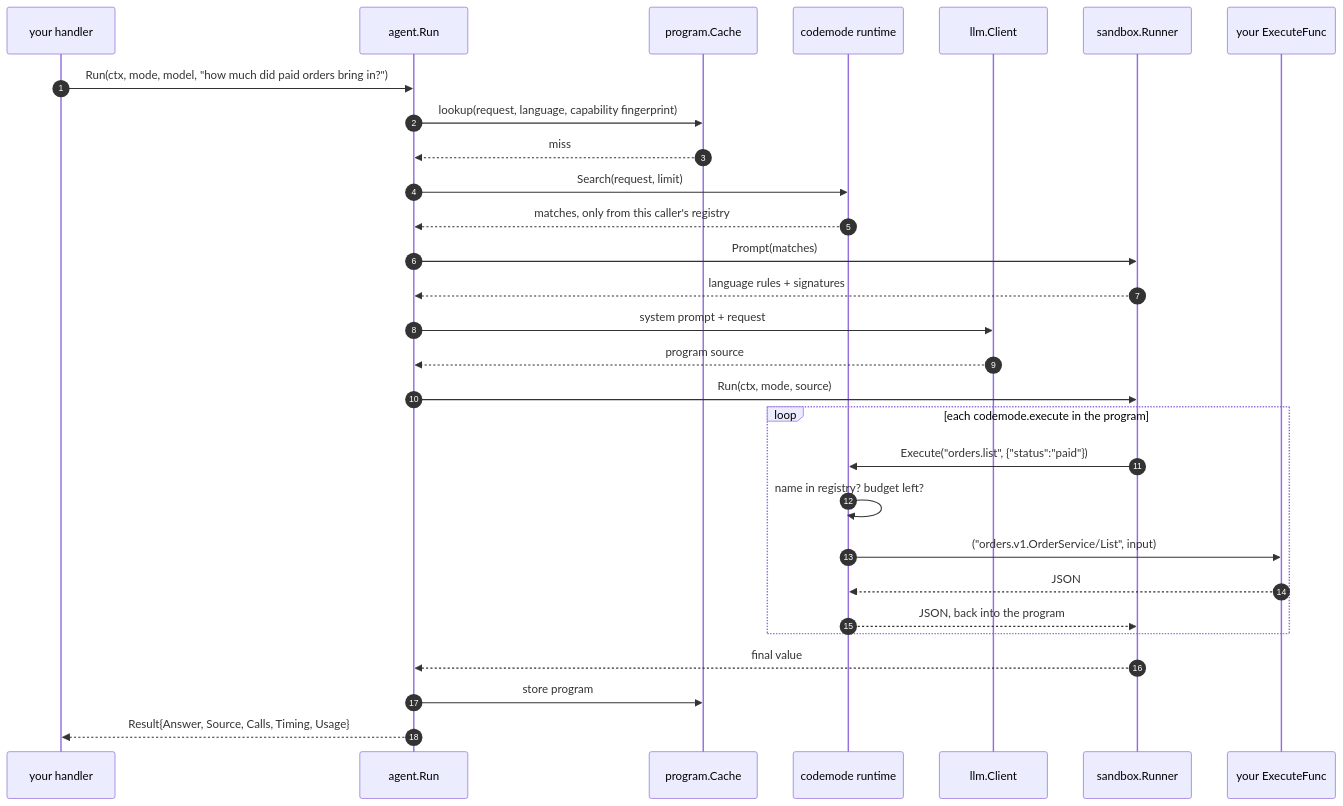
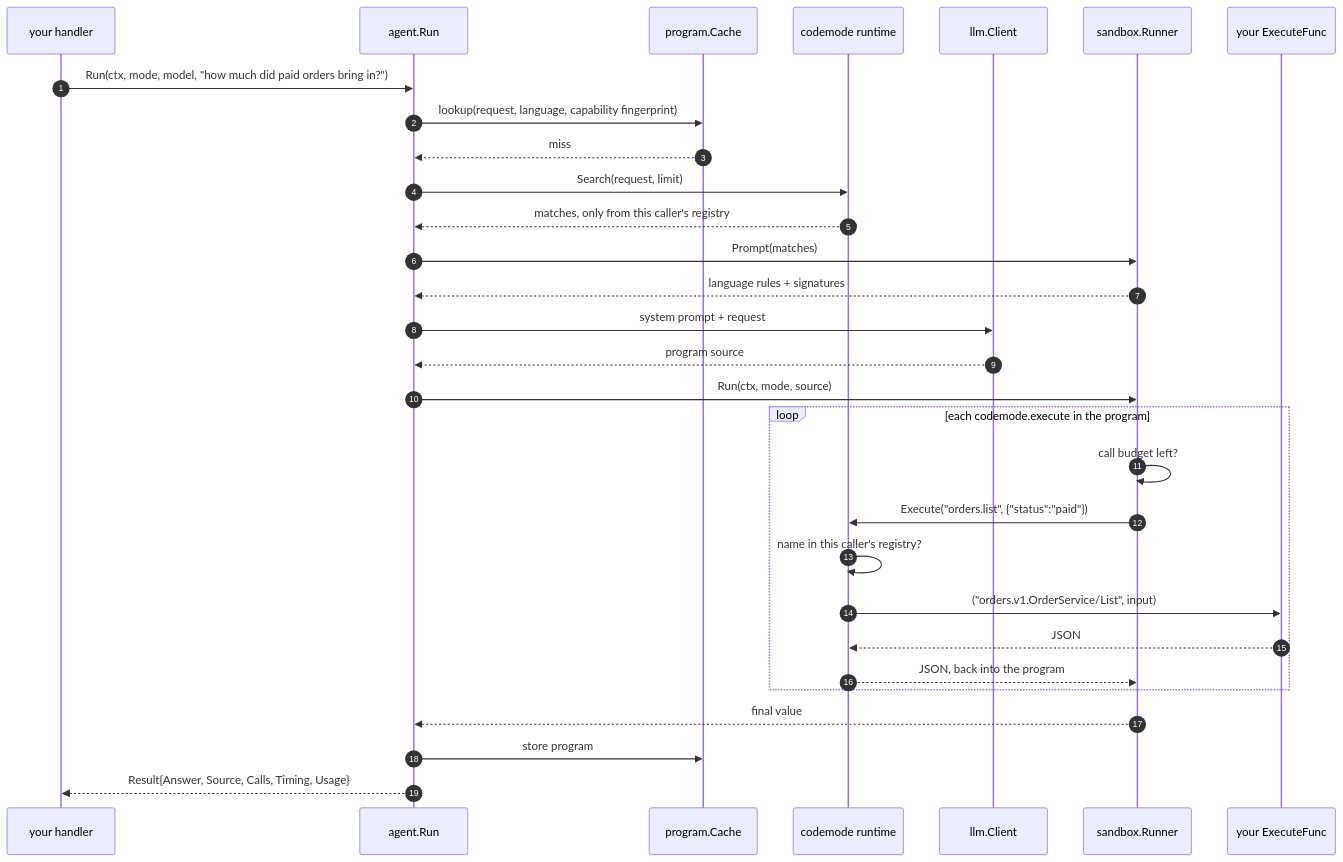
One commit to mukezhz/codemode changed the fourth of 7 diagrams in docs/content/architecture.md. Above: the diagram before and after it, drawn with Mermaid. The commit also changed 22 other files, not shown here.

````diff
--- a/docs/content/architecture.md
+++ b/docs/content/architecture.md
@@ -144,32 +144,33 @@
 ```mermaid
 sequenceDiagram
   autonumber
   participant App as your handler
   participant Agent as agent.Run
   participant Cache as program.Cache
   participant Mode as codemode runtime
   participant Model as llm.Client
   participant Runner as sandbox.Runner
   participant Exec as your ExecuteFunc
 
   App->>Agent: Run(ctx, mode, model, "how much did paid orders bring in?")
   Agent->>Cache: lookup(request, language, capability fingerprint)
   Cache-->>Agent: miss
   Agent->>Mode: Search(request, limit)
   Mode-->>Agent: matches, only from this caller's registry
   Agent->>Runner: Prompt(matches)
   Runner-->>Agent: language rules + signatures
   Agent->>Model: system prompt + request
   Model-->>Agent: program source
   Agent->>Runner: Run(ctx, mode, source)
   loop each codemode.execute in the program
+    Runner->>Runner: call budget left?
     Runner->>Mode: Execute("orders.list", {"status":"paid"})
-    Mode->>Mode: name in registry? budget left?
+    Mode->>Mode: name in this caller's registry?
     Mode->>Exec: ("orders.v1.OrderService/List", input)
     Exec-->>Mode: JSON
     Mode-->>Runner: JSON, back into the program
   end
   Runner-->>Agent: final value
   Agent->>Cache: store program
   Agent-->>App: Result{Answer, Source, Calls, Timing, Usage}
 ```
````
